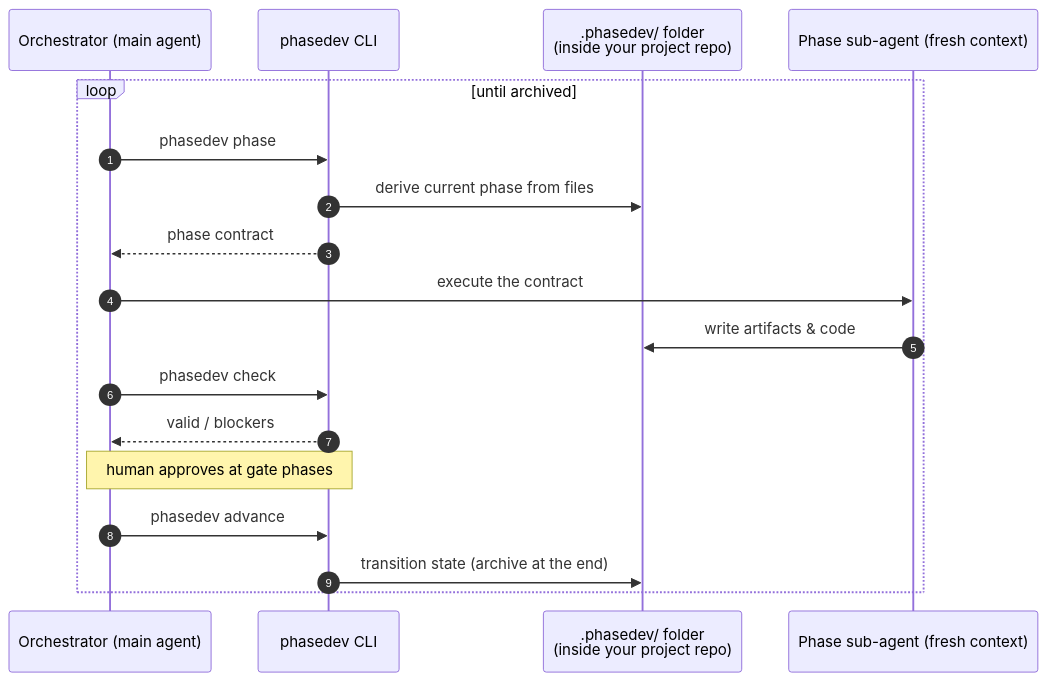
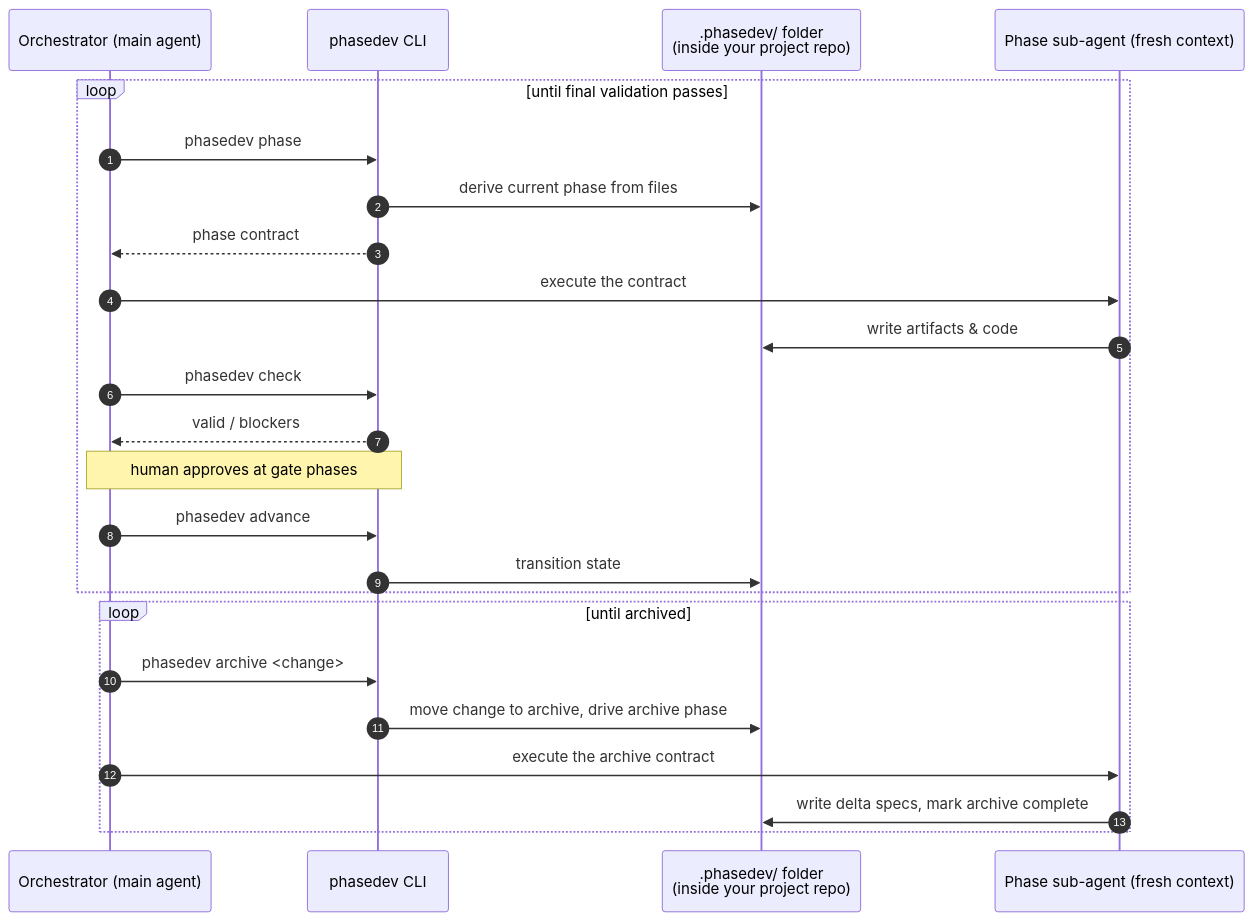
One commit to alexkorn22/phasedev-ai-framework changed the diagram in README.md. Above: the diagram before and after it, drawn with Mermaid. The commit also changed other lines of this file and 6 other files, not shown here.

First line of the commit message:
docs(E1): archive-command + auto-approval-blocker contract docs

````diff
--- a/README.md
+++ b/README.md
@@ -32,21 +32,27 @@
 ```mermaid
 sequenceDiagram
     autonumber
     participant Orchestrator as Orchestrator (main agent)
     participant CLI as phasedev CLI
     participant Workspace as .phasedev/ folder<br/>(inside your project repo)
     participant SubAgent as Phase sub-agent (fresh context)
 
-    loop until archived
+    loop until final validation passes
         Orchestrator->>CLI: phasedev phase
         CLI->>Workspace: derive current phase from files
         CLI-->>Orchestrator: phase contract
         Orchestrator->>SubAgent: execute the contract
         SubAgent->>Workspace: write artifacts & code
         Orchestrator->>CLI: phasedev check
         CLI-->>Orchestrator: valid / blockers
         Note over Orchestrator,CLI: human approves at gate phases
         Orchestrator->>CLI: phasedev advance
-        CLI->>Workspace: transition state (archive at the end)
+        CLI->>Workspace: transition state
+    end
+    loop until archived
+        Orchestrator->>CLI: phasedev archive <change>
+        CLI->>Workspace: move change to archive, drive archive phase
+        Orchestrator->>SubAgent: execute the archive contract
+        SubAgent->>Workspace: write delta specs, mark archive complete
     end
 ```
````
